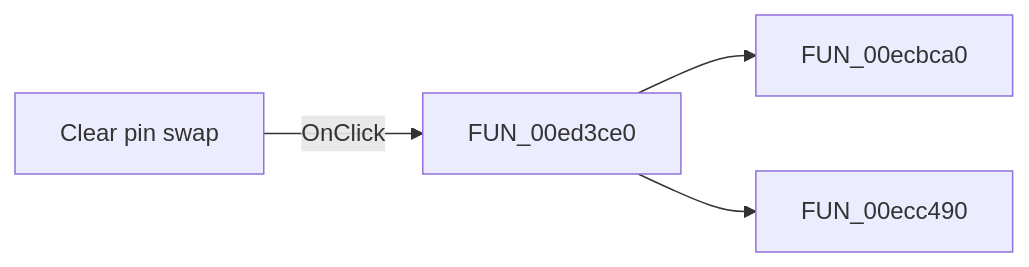
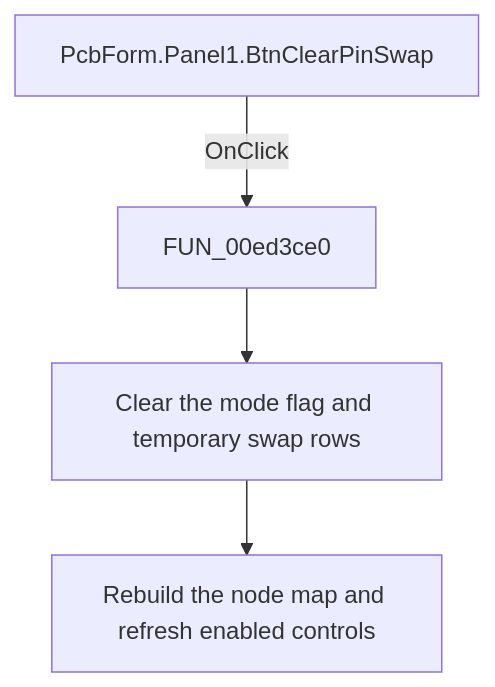
The diagram in docs/ui-controls/pcbform/btnclearpinswap-3c0a1e5967.md (MovGP0/TIARA), drawn with Mermaid before and after one commit. The commit also changed other lines of this file and 1062 other files, not shown here.

````diff
--- a/docs/ui-controls/pcbform/btnclearpinswap-3c0a1e5967.md
+++ b/docs/ui-controls/pcbform/btnclearpinswap-3c0a1e5967.md
@@ -27,6 +29,6 @@
 ```mermaid
-flowchart LR
-    control["Clear pin swap"] -->|OnClick| handler["FUN_00ed3ce0"]
-    handler --> call1["FUN_00ecbca0"]
-    handler --> call2["FUN_00ecc490"]
+flowchart TD
+    control["PcbForm.Panel1.BtnClearPinSwap"] -->|OnClick| handler["FUN_00ed3ce0"]
+    handler --> action["Clear the mode flag and temporary swap rows"]
+    action --> outcome["Rebuild the node map and refresh enabled controls"]
 ```
````
